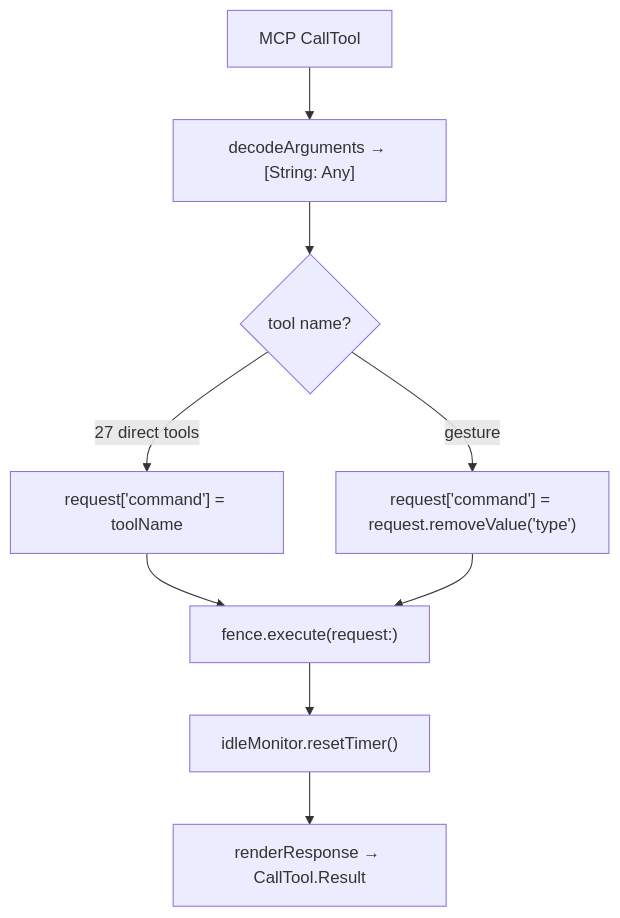
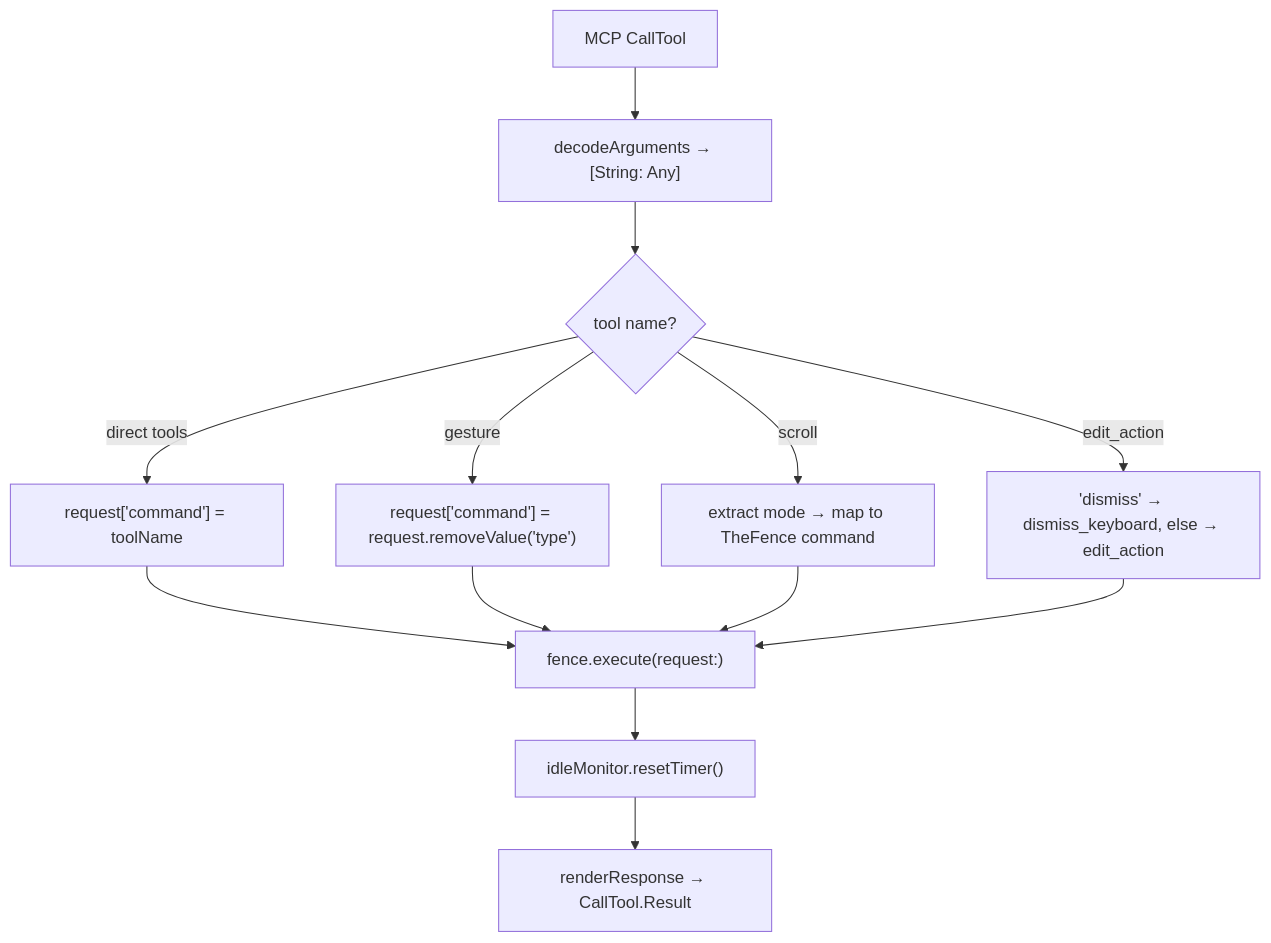
Before and after one commit to RoyalPineapple/TheButtonHeist: the second of 2 diagrams in docs/dossiers/12-MCP.md, drawn with Mermaid. The commit also changed other lines of this file and 22 other files, not shown here.

````diff
--- a/docs/dossiers/12-MCP.md
+++ b/docs/dossiers/12-MCP.md
@@ -121,13 +110,17 @@
 ```mermaid
 flowchart TD
     Call["MCP CallTool"] --> Decode["decodeArguments → [String: Any]"]
     Decode --> Switch{"tool name?"}
 
-    Switch -->|"27 direct tools"| Direct["request['command'] = toolName"]
+    Switch -->|"direct tools"| Direct["request['command'] = toolName"]
     Switch -->|"gesture"| Grouped["request['command'] = request.removeValue('type')"]
+    Switch -->|"scroll"| ScrollRoute["extract mode → map to TheFence command"]
+    Switch -->|"edit_action"| EditRoute["'dismiss' → dismiss_keyboard, else → edit_action"]
 
     Direct --> Execute["fence.execute(request:)"]
     Grouped --> Execute
+    ScrollRoute --> Execute
+    EditRoute --> Execute
     Execute --> Reset["idleMonitor.resetTimer()"]
     Reset --> Render["renderResponse → CallTool.Result"]
 ```
````
